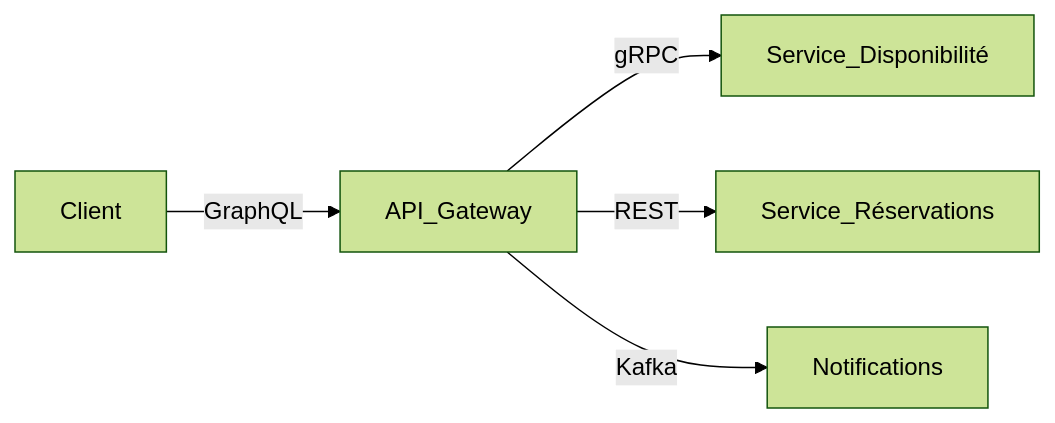
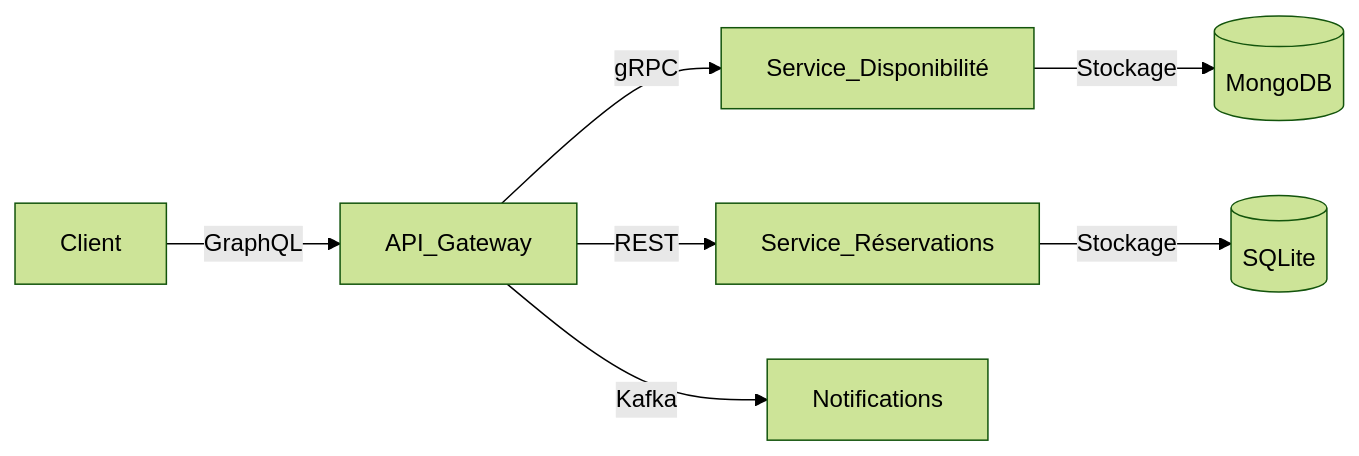
The first of 2 diagrams in README.md (aziztrad/reservation-microservices), drawn with Mermaid (forest theme) before and after one commit.

````diff
--- a/README.md
+++ b/README.md
@@ -4,7 +4,9 @@
 ```mermaid
 graph LR
   Client-->|GraphQL|API_Gateway
   API_Gateway-->|gRPC|Service_Disponibilité
   API_Gateway-->|REST|Service_Réservations
   API_Gateway-->|Kafka|Notifications
+  Service_Disponibilité-->|Stockage|MongoDB[(MongoDB)]
+  Service_Réservations-->|Stockage|SQLite[(SQLite)]
 ```
````
